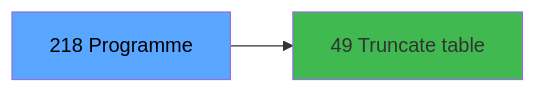
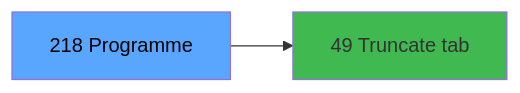
One commit to thonyAGP/magic-migration changed the third of 3 diagrams in .openspec/specs/ADH-IDE-218.md. Above: the diagram before and after it, drawn with Mermaid. The commit also changed other lines of this file and 323 other files, not shown here.

````diff
--- a/.openspec/specs/ADH-IDE-218.md
+++ b/.openspec/specs/ADH-IDE-218.md
@@ -120,8 +138,8 @@
 ```mermaid
 graph LR
     T[218 Programme]
-    C49[49 Truncate table ]
+    C49[49 Truncate tab]
     T --> C49
     style T fill:#58a6ff,color:#000
     style C49 fill:#3fb950
 ```
````
